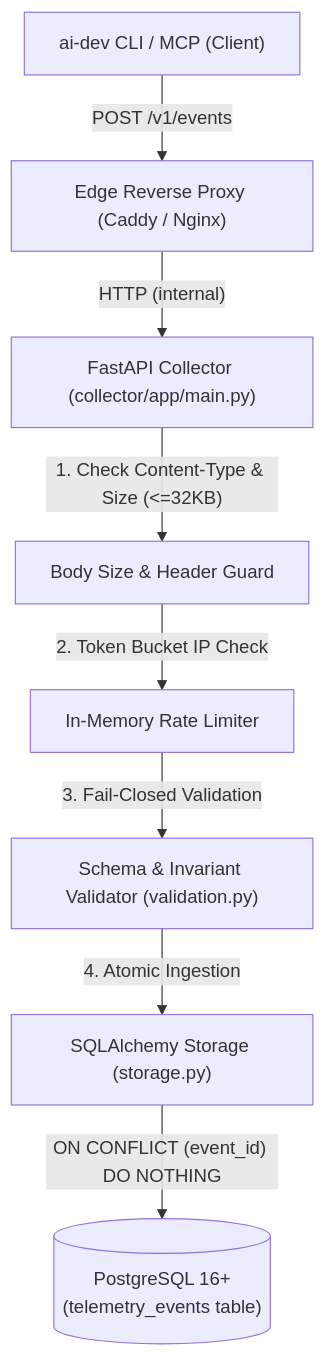
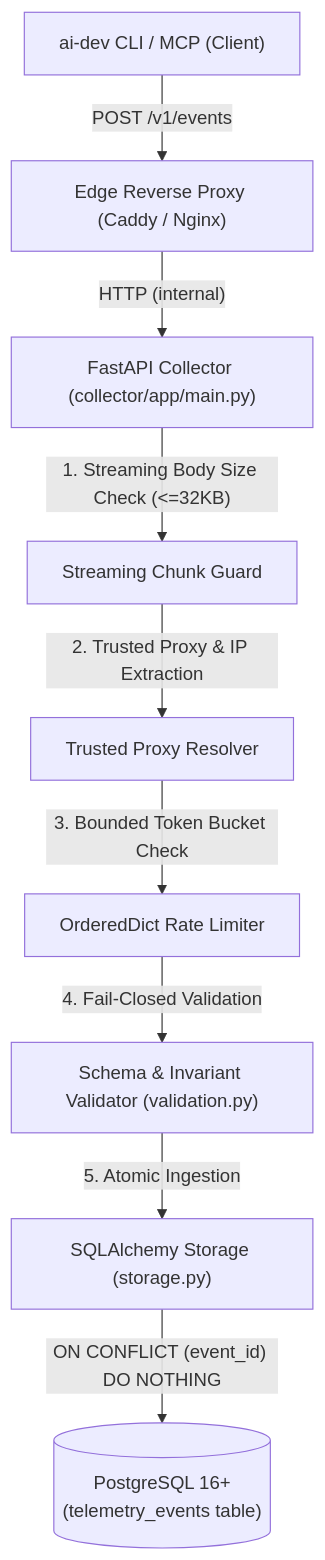
The diagram in docs/community-telemetry-collector.md (MatthiasLew/ai-dev-cli-tools), drawn with Mermaid before and after one commit. The commit also changed other lines of this file and 27 other files, not shown here.

Commit message:
feat(collector): harden production collector with alembic, proxy validation, bounded limiter and streaming limits

````diff
--- a/docs/community-telemetry-collector.md
+++ b/docs/community-telemetry-collector.md
@@ -9,10 +9,11 @@
 ```mermaid
 flowchart TD
     Client["ai-dev CLI / MCP (Client)"] -->|"POST /v1/events"| Proxy["Edge Reverse Proxy (Caddy / Nginx)"]
     Proxy -->|"HTTP (internal)"| FastAPIServer["FastAPI Collector (collector/app/main.py)"]
-    FastAPIServer -->|"1. Check Content-Type & Size (<=32KB)"| Guard["Body Size & Header Guard"]
-    Guard -->|"2. Token Bucket IP Check"| RateLimiter["In-Memory Rate Limiter"]
-    RateLimiter -->|"3. Fail-Closed Validation"| Validator["Schema & Invariant Validator (validation.py)"]
-    Validator -->|"4. Atomic Ingestion"| Storage["SQLAlchemy Storage (storage.py)"]
+    FastAPIServer -->|"1. Streaming Body Size Check (<=32KB)"| Guard["Streaming Chunk Guard"]
+    Guard -->|"2. Trusted Proxy & IP Extraction"| ProxyResolver["Trusted Proxy Resolver"]
+    ProxyResolver -->|"3. Bounded Token Bucket Check"| RateLimiter["OrderedDict Rate Limiter"]
+    RateLimiter -->|"4. Fail-Closed Validation"| Validator["Schema & Invariant Validator (validation.py)"]
+    Validator -->|"5. Atomic Ingestion"| Storage["SQLAlchemy Storage (storage.py)"]
     Storage -->|"ON CONFLICT (event_id) DO NOTHING"| DB[("PostgreSQL 16+\n(telemetry_events table)")]
 ```
````
